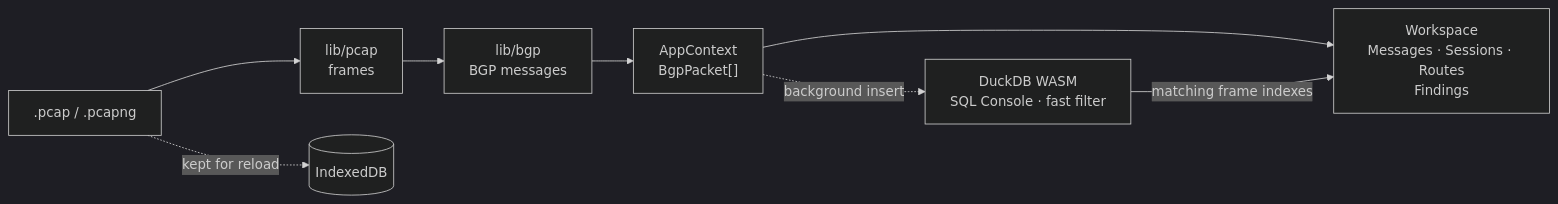
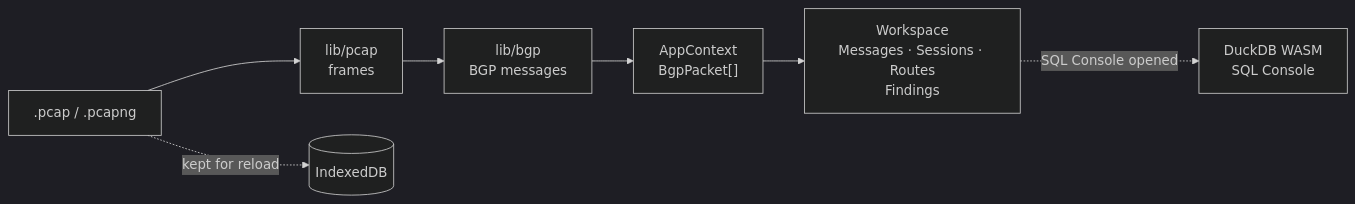
The diagram in README.md (shmuto/bgpshark), drawn with Mermaid (dark theme) before and after one commit. The commit also changed other lines of this file and 12 other files, not shown here.

First line of the commit message:
Describe on-demand DuckDB and the single filter backend

````diff
--- a/README.md
+++ b/README.md
@@ -91,9 +91,8 @@
 ```mermaid
 flowchart LR
     file[".pcap / .pcapng"] --> pcap["lib/pcap<br/>frames"] --> bgp["lib/bgp<br/>BGP messages"]
     bgp --> state["AppContext<br/>BgpPacket[]"]
     state --> views["Workspace<br/>Messages · Sessions · Routes<br/>Findings"]
-    state -. "background insert" .-> duck["DuckDB WASM<br/>SQL Console · fast filter"]
-    duck -- "matching frame indexes" --> views
+    views -. "SQL Console opened" .-> duck["DuckDB WASM<br/>SQL Console"]
     file -. "kept for reload" .-> idb[("IndexedDB")]
 ```
````
